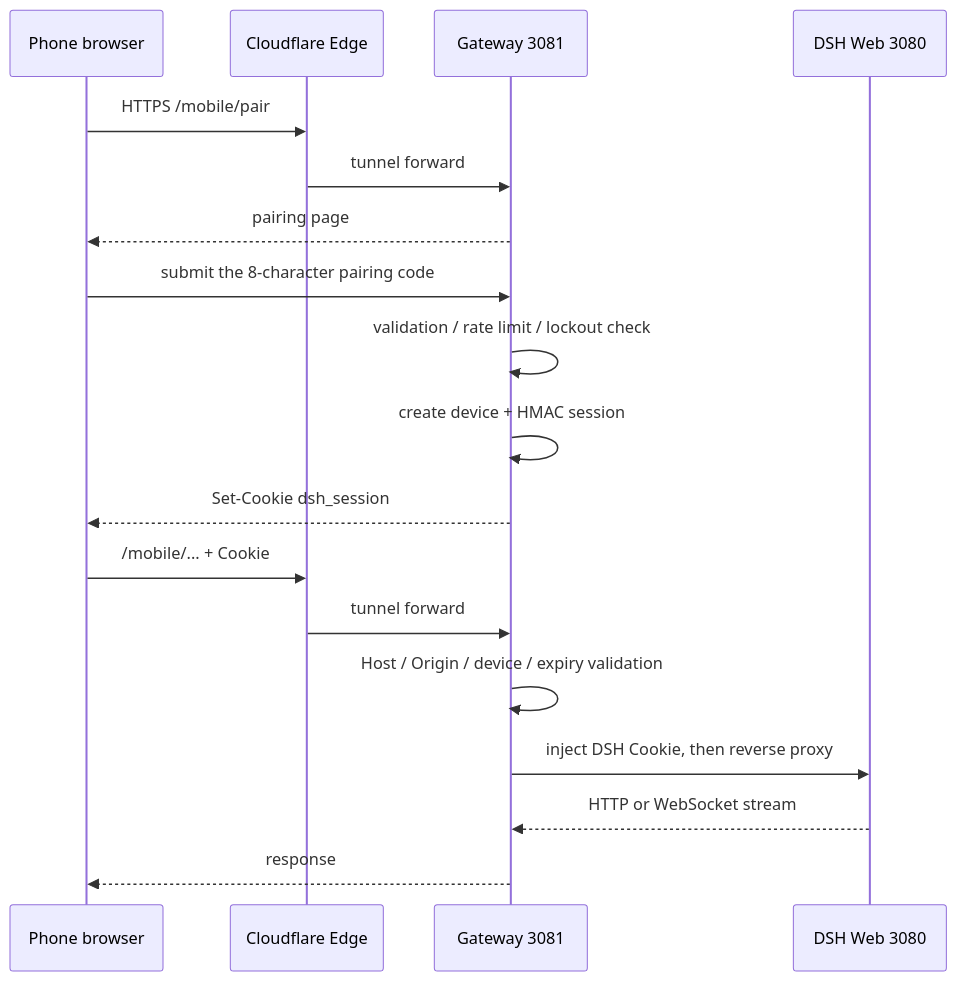
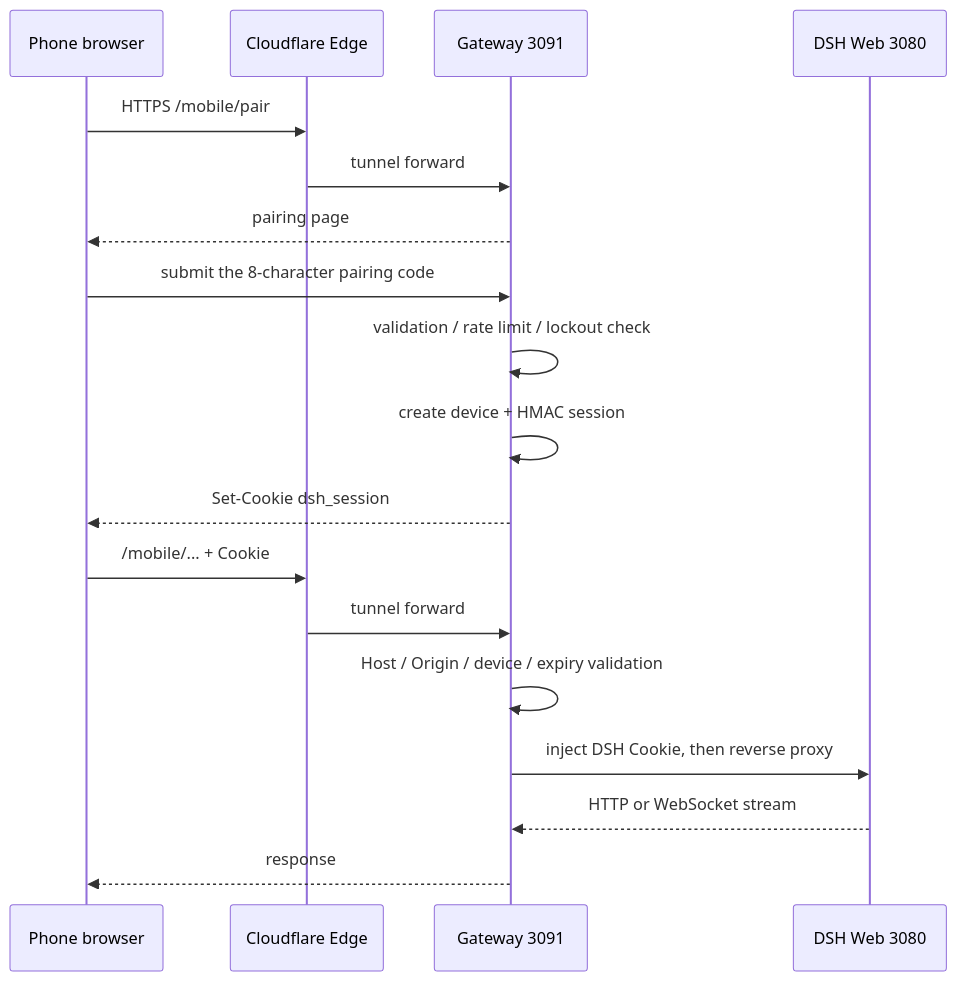
The fourth of 10 diagrams in docs/architecture-flow.md (open2ai/dsh-gateway-mobile), drawn with Mermaid before and after one commit. The commit also changed other lines of this file and 39 other files, not shown here.

````diff
--- a/docs/architecture-flow.md
+++ b/docs/architecture-flow.md
@@ -184,21 +184,21 @@
 ```mermaid
 sequenceDiagram
   participant P as Phone browser
   participant E as Cloudflare Edge
-  participant G as Gateway 3081
+  participant G as Gateway 3091
   participant D as DSH Web 3080
 
   P->>E: HTTPS /mobile/pair
   E->>G: tunnel forward
   G-->>P: pairing page
   P->>G: submit the 8-character pairing code
   G->>G: validation / rate limit / lockout check
   G->>G: create device + HMAC session
   G-->>P: Set-Cookie dsh_session
   P->>E: /mobile/... + Cookie
   E->>G: tunnel forward
   G->>G: Host / Origin / device / expiry validation
   G->>D: inject DSH Cookie, then reverse proxy
   D-->>G: HTTP or WebSocket stream
   G-->>P: response
 ```
````
